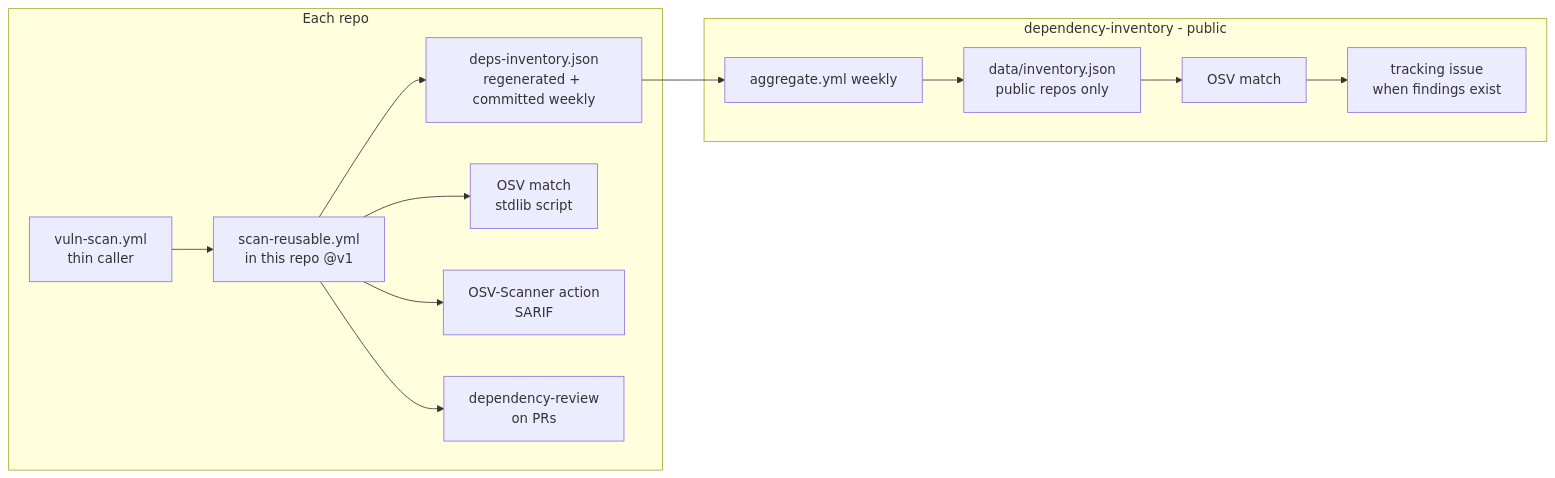
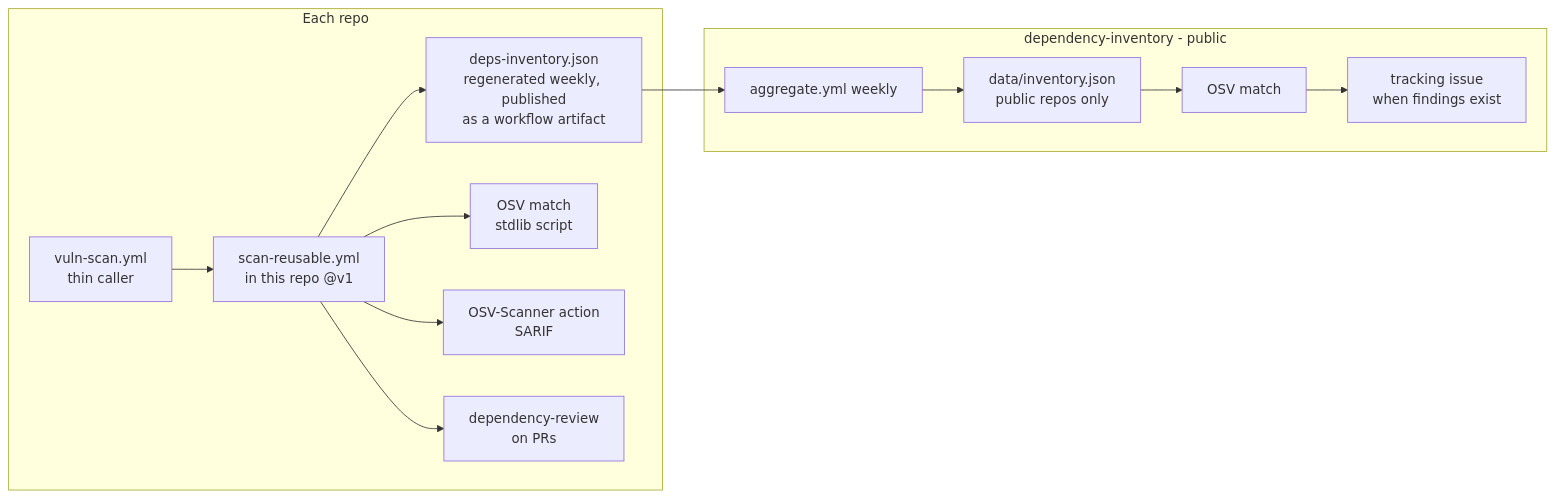
Before and after one commit to reihlinstinct/dependency-inventory: the diagram in docs/DESIGN.md, drawn with Mermaid. The commit also changed other lines of this file and 2 other files, not shown here.

First line of the commit message:
Publish weekly inventory as artifact, drop commit-inventory (#9)

````diff
--- a/docs/DESIGN.md
+++ b/docs/DESIGN.md
@@ -12,16 +12,16 @@
 ```mermaid
 flowchart LR
     subgraph per-repo [Each repo]
         A[vuln-scan.yml<br/>thin caller] --> B[scan-reusable.yml<br/>in this repo @v1]
-        B --> C[deps-inventory.json<br/>regenerated + committed weekly]
+        B --> C[deps-inventory.json<br/>regenerated weekly, published<br/>as a workflow artifact]
         B --> D[OSV match<br/>stdlib script]
         B --> E[OSV-Scanner action<br/>SARIF]
         B --> F[dependency-review<br/>on PRs]
     end
     subgraph central [dependency-inventory - public]
         G[aggregate.yml weekly] --> H[data/inventory.json<br/>public repos only]
         H --> I[OSV match]
         I --> J[tracking issue<br/>when findings exist]
     end
     C --> G
 ```
````
